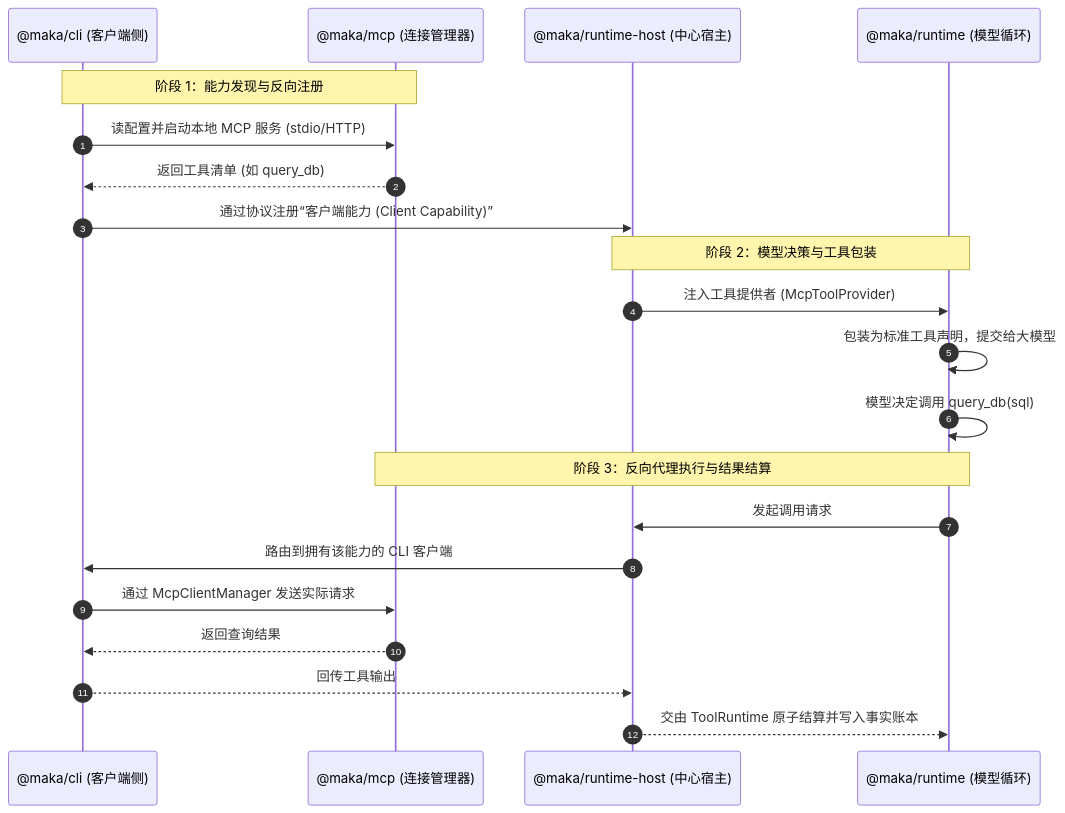
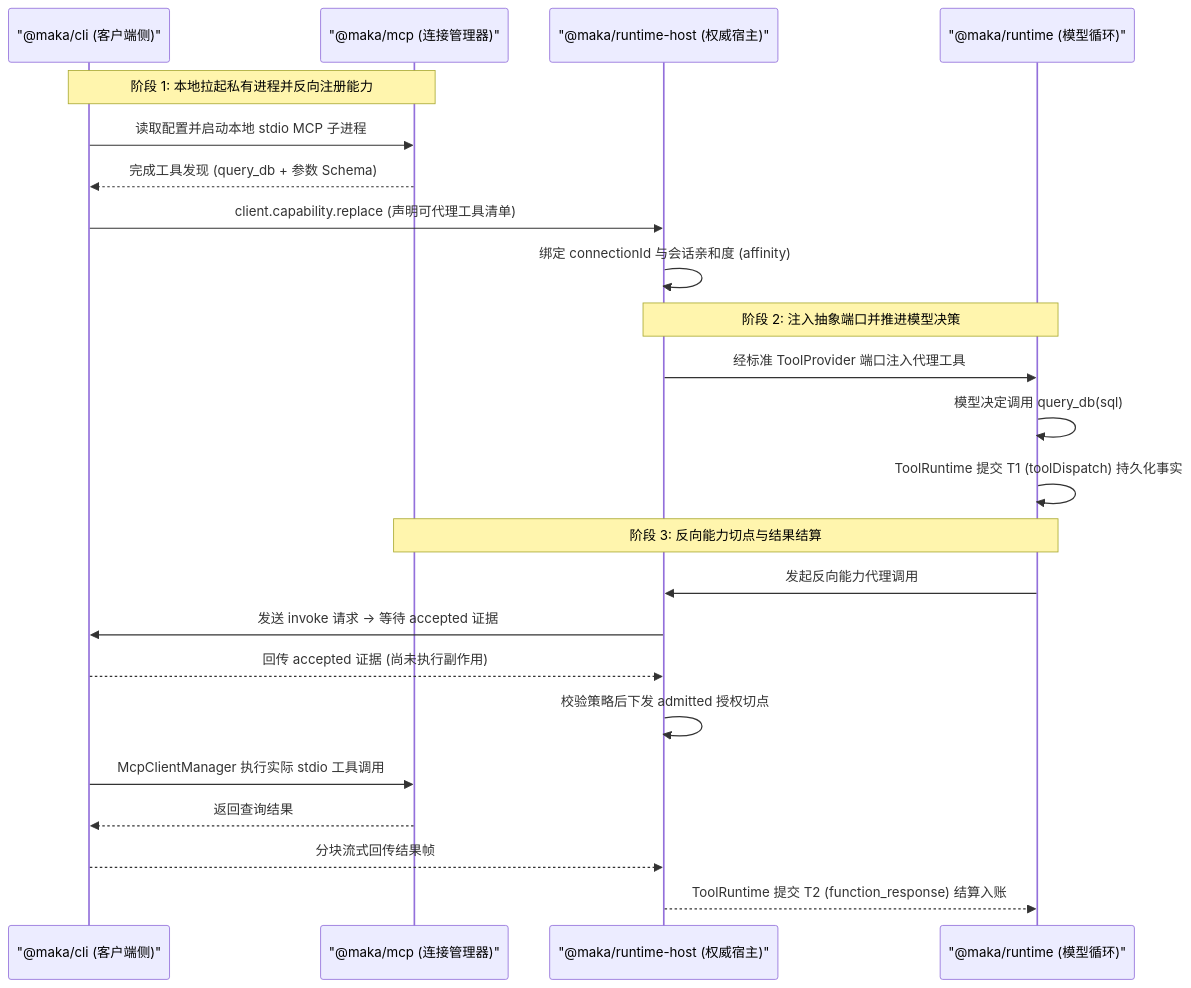
Before and after one commit to suger-m/agent-infrastructure-docs: the third of 3 diagrams in maka-agent-infra/00-foundations/repository-map.md, drawn with Mermaid. The commit also changed other lines of this file and 31 other files, not shown here.

````diff
--- a/maka-agent-infra/00-foundations/repository-map.md
+++ b/maka-agent-infra/00-foundations/repository-map.md
@@ -68,26 +168,28 @@
 ```mermaid
 sequenceDiagram
-    autonumber
-    participant CLI as @maka/cli (客户端侧)
-    participant MCP as @maka/mcp (连接管理器)
-    participant Host as @maka/runtime-host (中心宿主)
-    participant RT as @maka/runtime (模型循环)
+    participant CLI as "@maka/cli (客户端侧)"
+    participant MCP as "@maka/mcp (连接管理器)"
+    participant Host as "@maka/runtime-host (权威宿主)"
+    participant RT as "@maka/runtime (模型循环)"
 
-    Note over CLI,MCP: 阶段 1：能力发现与反向注册
-    CLI->>MCP: 读配置并启动本地 MCP 服务 (stdio/HTTP)
-    MCP-->>CLI: 返回工具清单 (如 query_db)
-    CLI->>Host: 通过协议注册“客户端能力 (Client Capability)”
-    
-    Note over Host,RT: 阶段 2：模型决策与工具包装
-    Host->>RT: 注入工具提供者 (McpToolProvider)
-    RT->>RT: 包装为标准工具声明，提交给大模型
+    Note over CLI,MCP: 阶段 1: 本地拉起私有进程并反向注册能力
+    CLI->>MCP: 读取配置并启动本地 stdio MCP 子进程
+    MCP-->>CLI: 完成工具发现 (query_db + 参数 Schema)
+    CLI->>Host: client.capability.replace (声明可代理工具清单)
+    Host->>Host: 绑定 connectionId 与会话亲和度 (affinity)
+
+    Note over Host,RT: 阶段 2: 注入抽象端口并推进模型决策
+    Host->>RT: 经标准 ToolProvider 端口注入代理工具
     RT->>RT: 模型决定调用 query_db(sql)
-    
-    Note over RT,MCP: 阶段 3：反向代理执行与结果结算
-    RT->>Host: 发起调用请求
-    Host->>CLI: 路由到拥有该能力的 CLI 客户端
-    CLI->>MCP: 通过 McpClientManager 发送实际请求
+    RT->>RT: ToolRuntime 提交 T1 (toolDispatch) 持久化事实
+
+    Note over RT,MCP: 阶段 3: 反向能力切点与结果结算
+    RT->>Host: 发起反向能力代理调用
+    Host->>CLI: 发送 invoke 请求 -> 等待 accepted 证据
+    CLI-->>Host: 回传 accepted 证据 (尚未执行副作用)
+    Host->>Host: 校验策略后下发 admitted 授权切点
+    CLI->>MCP: McpClientManager 执行实际 stdio 工具调用
     MCP-->>CLI: 返回查询结果
-    CLI-->>Host: 回传工具输出
-    Host-->>RT: 交由 ToolRuntime 原子结算并写入事实账本
+    CLI-->>Host: 分块流式回传结果帧
+    Host-->>RT: ToolRuntime 提交 T2 (function_response) 结算入账
 ```
````
